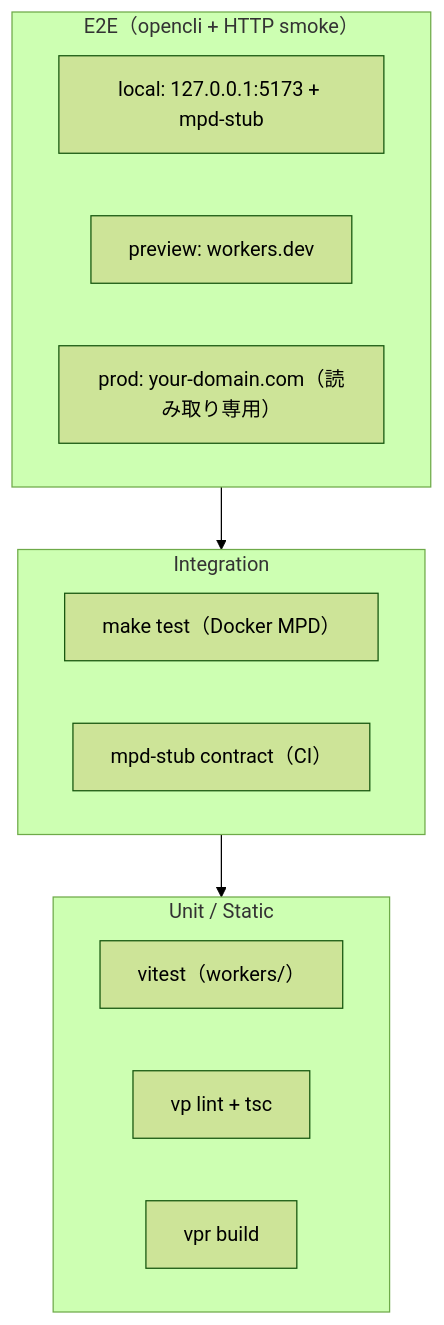
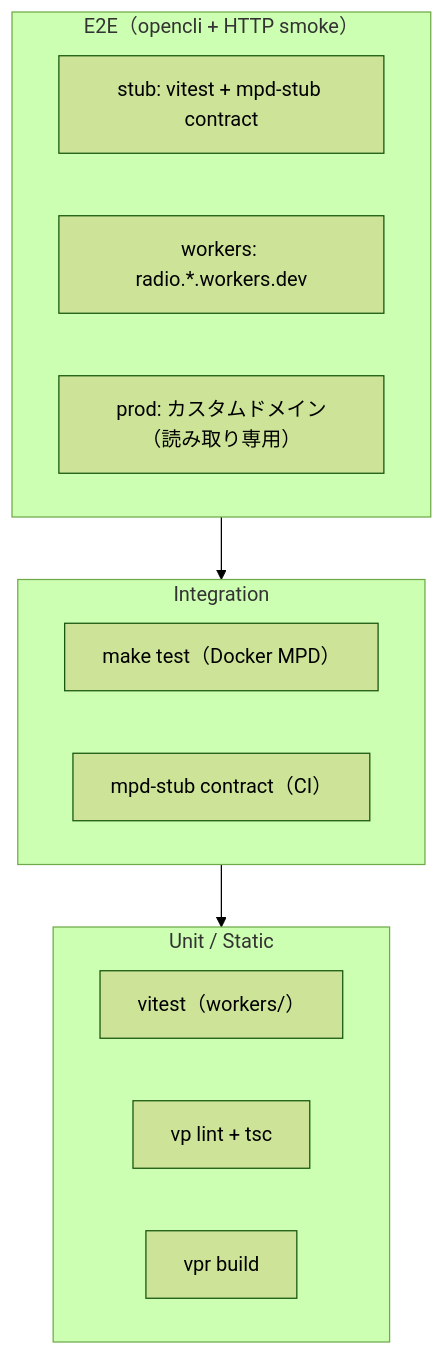
One commit to budybye/radio changed the fourth of 8 diagrams in docs/diagrams.md. Above: the diagram before and after it, drawn with Mermaid (forest theme). The commit also changed other lines of this file and 15 other files, not shown here.

First line of the commit message:
refactor(deploy): single Worker radio, drop production/preview envs

````diff
--- a/docs/diagrams.md
+++ b/docs/diagrams.md
@@ -129,22 +114,22 @@
 ```mermaid
 flowchart TB
   subgraph e2e["E2E（opencli + HTTP smoke）"]
-    Local["local: 127.0.0.1:5173 + mpd-stub"]
-    Preview["preview: workers.dev"]
-    Prod["prod: your-domain.com（読み取り専用）"]
+    Stub["stub: vitest + mpd-stub contract"]
+    Workers["workers: radio.*.workers.dev"]
+    Prod["prod: カスタムドメイン（読み取り専用）"]
   end
 
   subgraph integration["Integration"]
     MakeTest["make test（Docker MPD）"]
     MpdStub["mpd-stub contract（CI）"]
   end
 
   subgraph unit["Unit / Static"]
     Vitest["vitest（workers/）"]
     Lint["vp lint + tsc"]
     Build["vpr build"]
   end
 
   e2e --> integration
   integration --> unit
 ```
````
